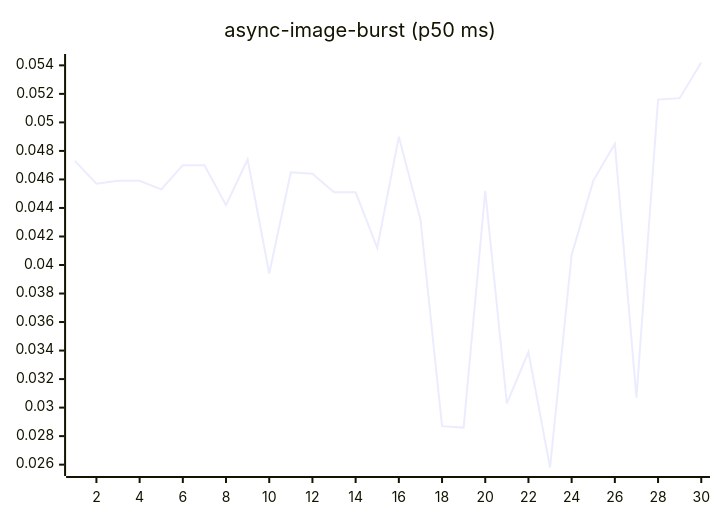
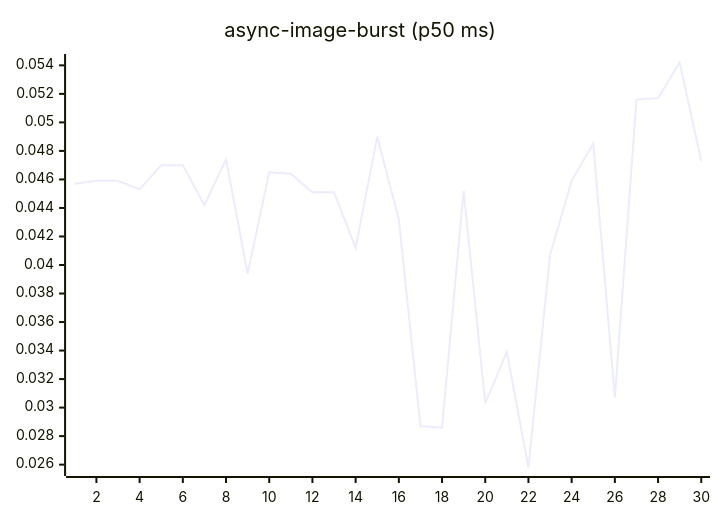
One commit to josha/Facet changed the fourth of 27 diagrams in README.md. Above: the diagram before and after it, drawn with Mermaid. The commit also changed other lines of this file and 2 other files, not shown here.

````diff
--- a/README.md
+++ b/README.md
@@ -84,6 +84,6 @@
 ```mermaid
 xychart-beta
     title "async-image-burst (p50 ms)"
     x-axis 1 --> 30
-    line [0.0473, 0.0457, 0.0459, 0.0459, 0.0453, 0.0470, 0.0470, 0.0442, 0.0474, 0.0394, 0.0465, 0.0464, 0.0451, 0.0451, 0.0412, 0.0490, 0.0432, 0.0287, 0.0286, 0.0452, 0.0303, 0.0339, 0.0258, 0.0407, 0.0459, 0.0485, 0.0307, 0.0516, 0.0517, 0.0542]
+    line [0.0457, 0.0459, 0.0459, 0.0453, 0.0470, 0.0470, 0.0442, 0.0474, 0.0394, 0.0465, 0.0464, 0.0451, 0.0451, 0.0412, 0.0490, 0.0432, 0.0287, 0.0286, 0.0452, 0.0303, 0.0339, 0.0258, 0.0407, 0.0459, 0.0485, 0.0307, 0.0516, 0.0517, 0.0542, 0.0473]
 ```
````
